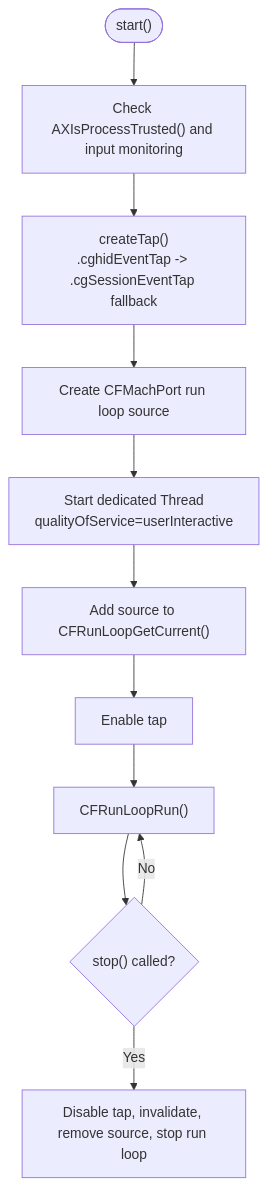
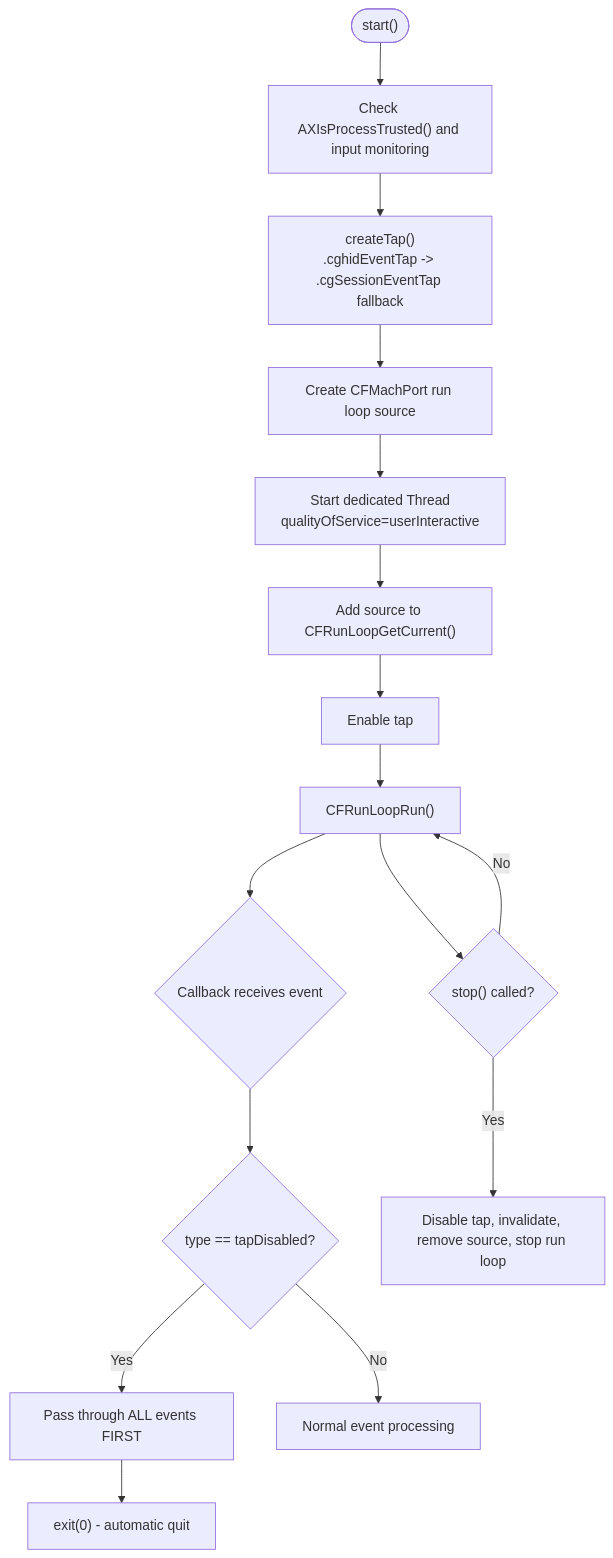
Before and after one commit to Nam088/skey: the third of 6 diagrams in .qoder/repowiki/en/content/macOS Application/Keyboard Event Handling/Event Capture System.md, drawn with Mermaid. The commit also changed other lines of this file and 169 other files, not shown here.

````diff
--- a/.qoder/repowiki/en/content/macOS Application/Keyboard Event Handling/Event Capture System.md
+++ b/.qoder/repowiki/en/content/macOS Application/Keyboard Event Handling/Event Capture System.md
@@ -122,13 +137,18 @@
 ```mermaid
 flowchart TD
 Start(["start()"]) --> CheckPerm["Check AXIsProcessTrusted() and input monitoring"]
 CheckPerm --> CreateTap["createTap()<br/>.cghidEventTap -> .cgSessionEventTap fallback"]
 CreateTap --> BuildSource["Create CFMachPort run loop source"]
 BuildSource --> NewThread["Start dedicated Thread<br/>qualityOfService=userInteractive"]
 NewThread --> AddSource["Add source to CFRunLoopGetCurrent()"]
 AddSource --> EnableTap["Enable tap"]
 EnableTap --> RunLoop["CFRunLoopRun()"]
+RunLoop --> Callback{"Callback receives event"}
+Callback --> CheckType{"type == tapDisabled?"}
+CheckType -- Yes --> PassThrough["Pass through ALL events FIRST"]
+PassThrough --> QuitApp["exit(0) - automatic quit"]
+CheckType -- No --> Process["Normal event processing"]
 RunLoop --> StopCall{"stop() called?"}
 StopCall -- Yes --> DisableTap["Disable tap, invalidate, remove source, stop run loop"]
 StopCall -- No --> RunLoop
 ```
````
